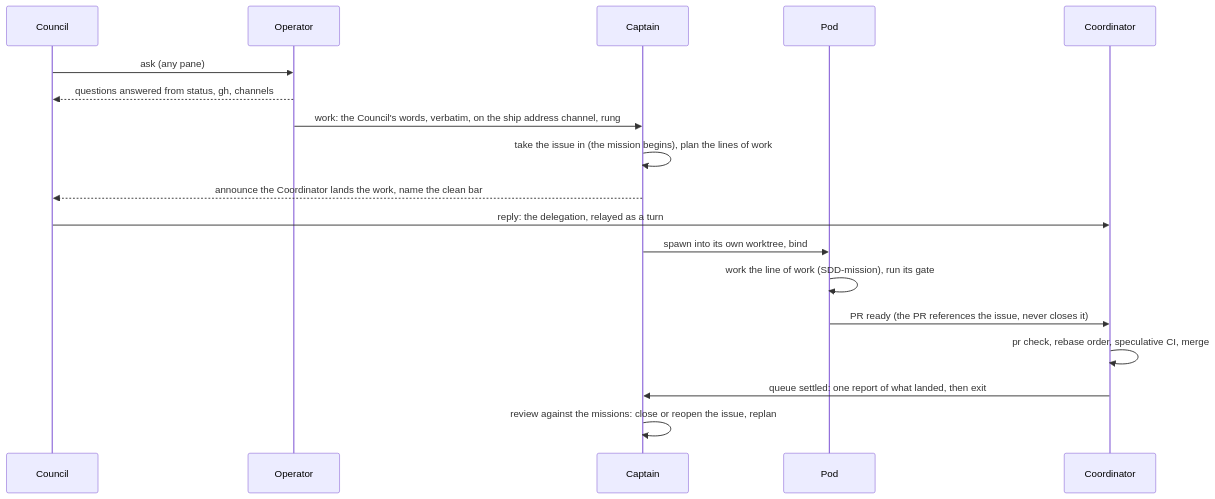
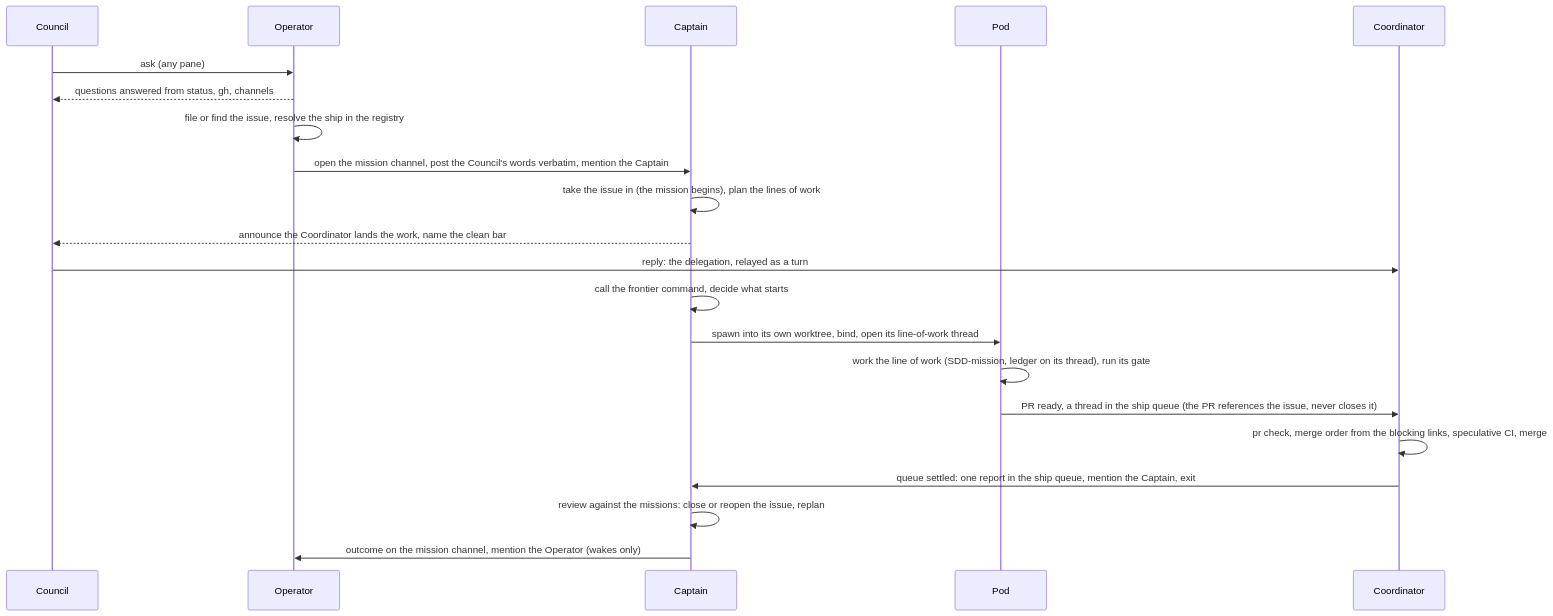
The first of 2 diagrams in .agents/specs/cyberfleet/design/lifecycle.md (cyberuni/cyberfleet), drawn with Mermaid before and after one commit. The commit also changed other lines of this file and 2 other files, not shown here.

````diff
--- a/.agents/specs/cyberfleet/design/lifecycle.md
+++ b/.agents/specs/cyberfleet/design/lifecycle.md
@@ -9,20 +9,23 @@
 ```mermaid
 sequenceDiagram
   participant C as Council
   participant O as Operator
   participant K as Captain
   participant P as Pod
   participant D as Coordinator
   C->>O: ask (any pane)
   O-->>C: questions answered from status, gh, channels
-  O->>K: work: the Council's words, verbatim, on the ship address channel, rung
+  O->>O: file or find the issue, resolve the ship in the registry
+  O->>K: open the mission channel, post the Council's words verbatim, mention the Captain
   K->>K: take the issue in (the mission begins), plan the lines of work
   K-->>C: announce the Coordinator lands the work, name the clean bar
   C->>D: reply: the delegation, relayed as a turn
-  K->>P: spawn into its own worktree, bind
-  P->>P: work the line of work (SDD-mission), run its gate
-  P->>D: PR ready (the PR references the issue, never closes it)
-  D->>D: pr check, rebase order, speculative CI, merge
-  D->>K: queue settled: one report of what landed, then exit
+  K->>K: call the frontier command, decide what starts
+  K->>P: spawn into its own worktree, bind, open its line-of-work thread
+  P->>P: work the line of work (SDD-mission, ledger on its thread), run its gate
+  P->>D: PR ready, a thread in the ship queue (the PR references the issue, never closes it)
+  D->>D: pr check, merge order from the blocking links, speculative CI, merge
+  D->>K: queue settled: one report in the ship queue, mention the Captain, exit
   K->>K: review against the missions: close or reopen the issue, replan
+  K->>O: outcome on the mission channel, mention the Operator (wakes only)
 ```
````
